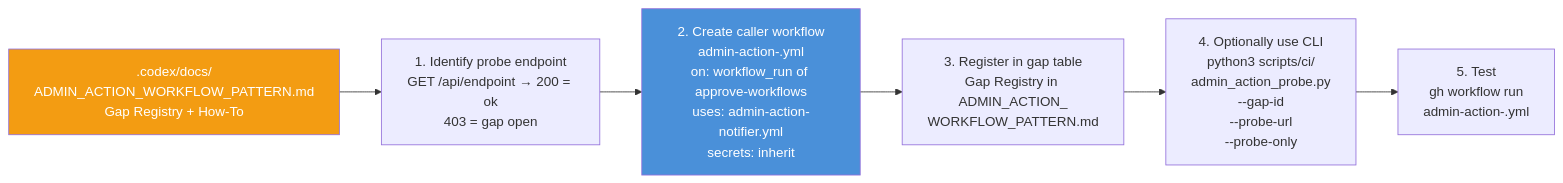
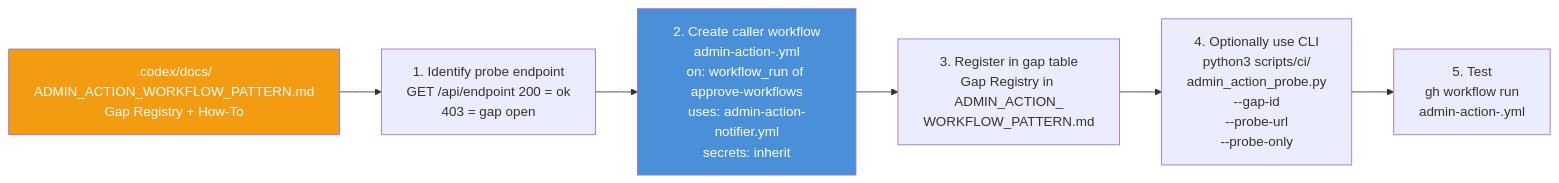
Before and after one commit to Aries-Serpent/_codex_: the eighth of 26 diagrams in docs/sessions/PR4346_session_diagram.md, drawn with Mermaid. The commit also changed other lines of this file and 4117 other files, not shown here.

````diff
--- a/docs/sessions/PR4346_session_diagram.md
+++ b/docs/sessions/PR4346_session_diagram.md
@@ -228,18 +248,20 @@
 ```mermaid
-%%{init: {'accessibility': {'title': 'Flowchart showing " .codex/docs/\nADMIN_ACTION_WORKFLOW_PATTERN.md\nGap Registry + How-To", "1. Identify probe endpoint\nGET /api/endpoint → 200 = ok\n403 = gap open"'}}%%
+%%{init: {'accessibility': {'title': 'Flowchart showing " .codex/docs/\nADMIN_ACTION_WORKFLOW_PATTERN.md\nGap Registry + How-To", "1. Identify probe endpoint\nGET /api/endpoint 200 = ok\n403 = gap open"'}}%%
+
 flowchart LR
-    DOC[" .codex/docs/\nADMIN_ACTION_WORKFLOW_PATTERN.md\nGap Registry + How-To"] --> STEP1
 
-    STEP1["1. Identify probe endpoint\nGET /api/endpoint → 200 = ok\n403 = gap open"] --> STEP2
+ DOC[" .codex/docs/\nADMIN_ACTION_WORKFLOW_PATTERN.md\nGap Registry + How-To"] --> STEP1
 
-    STEP2["2. Create caller workflow\nadmin-action-<gap-id>.yml\non: workflow_run of approve-workflows\nuses: admin-action-notifier.yml\nsecrets: inherit"] --> STEP3
+ STEP1["1. Identify probe endpoint\nGET /api/endpoint 200 = ok\n403 = gap open"] --> STEP2
 
-    STEP3["3. Register in gap table\nGap Registry in ADMIN_ACTION_\nWORKFLOW_PATTERN.md"] --> STEP4
+ STEP2["2. Create caller workflow\nadmin-action-<gap-id>.yml\non: workflow_run of approve-workflows\nuses: admin-action-notifier.yml\nsecrets: inherit"] --> STEP3
 
-    STEP4["4. Optionally use CLI\npython3 scripts/ci/\nadmin_action_probe.py\n--gap-id <ID>\n--probe-url <URL>\n--probe-only"] --> STEP5
+ STEP3["3. Register in gap table\nGap Registry in ADMIN_ACTION_\nWORKFLOW_PATTERN.md"] --> STEP4
 
-    STEP5["5. Test\ngh workflow run\nadmin-action-<gap-id>.yml"]
+ STEP4["4. Optionally use CLI\npython3 scripts/ci/\nadmin_action_probe.py\n--gap-id <ID>\n--probe-url <URL>\n--probe-only"] --> STEP5
 
-    style DOC fill:#f39c12,color:#fff
-    style STEP2 fill:#4a90d9,color:#fff
+ STEP5["5. Test\ngh workflow run\nadmin-action-<gap-id>.yml"]
+
+ style DOC fill:#f39c12,color:#fff
+ style STEP2 fill:#4a90d9,color:#fff
 ```
````
